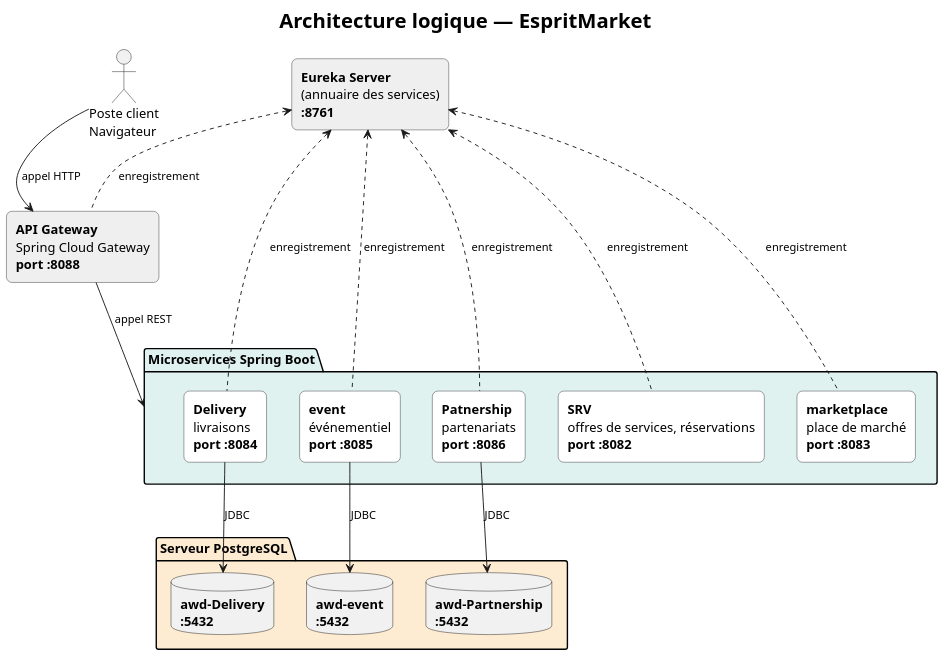
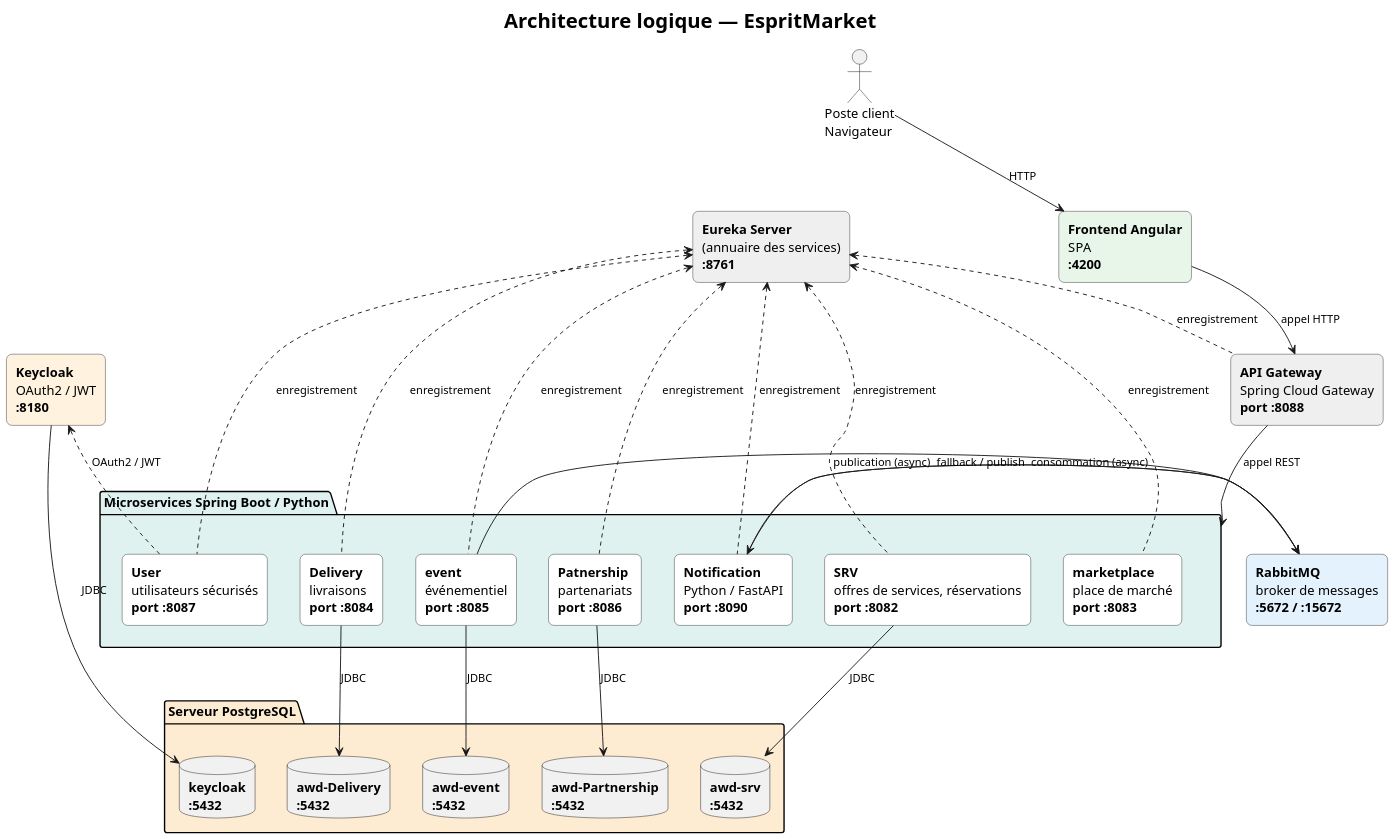
Before and after one commit to TheSphynxoid/AWD-EspritMarket: the diagram in documentation/diag/architecture-logique.puml, drawn with PlantUML. The commit also changed 6 other files, not shown here.

Commit message:
feat: add Event Dockerfile, gateway /mic1 route, and update architecture diagrams

```diff
--- a/documentation/diag/architecture-logique.puml
+++ b/documentation/diag/architecture-logique.puml
@@ -1,61 +1,86 @@
 @startuml architecture-logique
 
 title <size:22>**Architecture logique — EspritMarket**</size>
 
 skinparam dpi 150
 skinparam shadowing false
 skinparam defaultFontName "Segoe UI"
 skinparam rectangleRoundCorner 12
 skinparam packageRectangleRoundCorner 18
 skinparam ArrowFontSize 12
 
 skinparam rectangle {
   BackgroundColor #FFFFFF
   BorderColor #333333
 }
 
 actor "Poste client\nNavigateur" as Client
 
+rectangle "**Frontend Angular**\nSPA\n<b>:4200</b>" as FE #E8F5E9
+
 rectangle "**API Gateway**\nSpring Cloud Gateway\n<b>port :8088</b>" as GW #EFEFEF
 
 rectangle "**Eureka Server**\n(annuaire des services)\n<b>:8761</b>" as EU #EFEFEF
 
-package "Microservices Spring Boot" as MS #DFF2F0 {
+rectangle "**Keycloak**\nOAuth2 / JWT\n<b>:8180</b>" as KC #FFF3E0
+
+package "Microservices Spring Boot / Python" as MS #DFF2F0 {
   rectangle "**SRV**\noffres de services, réservations\n<b>port :8082</b>" as SRV
   rectangle "**marketplace**\nplace de marché\n<b>port :8083</b>" as MKT
   rectangle "**Delivery**\nlivraisons\n<b>port :8084</b>" as DEL
   rectangle "**event**\névénementiel\n<b>port :8085</b>" as EVT
   rectangle "**Patnership**\npartenariats\n<b>port :8086</b>" as PTN
+  rectangle "**User**\nutilisateurs sécurisés\n<b>port :8087</b>" as USR
+  rectangle "**Notification**\nPython / FastAPI\n<b>port :8090</b>" as NOT
   SRV -[hidden]right-> MKT
   MKT -[hidden]right-> DEL
   DEL -[hidden]right-> EVT
   EVT -[hidden]right-> PTN
+  PTN -[hidden]right-> USR
+  USR -[hidden]right-> NOT
 }
 
 package "Serveur PostgreSQL" as DBS #FDEBD2 {
   database "**awd-Delivery**\n<b>:5432</b>" as AWDDB
   database "**awd-event**\n<b>:5432</b>" as EVTDB
   database "**awd-Partnership**\n<b>:5432</b>" as PTNDB
+  database "**awd-srv**\n<b>:5432</b>" as SRVDB
+  database "**keycloak**\n<b>:5432</b>" as KCDB
   AWDDB -[hidden]right-> EVTDB
   EVTDB -[hidden]right-> PTNDB
+  PTNDB -[hidden]right-> SRVDB
+  SRVDB -[hidden]right-> KCDB
 }
+
+rectangle "**RabbitMQ**\nbroker de messages\n<b>:5672 / :15672</b>" as RMQ #E3F2FD
+
+Client -down-> FE : HTTP
+FE -down-> GW : appel HTTP
 
 Client -[hidden]right-> EU
 
-Client -down-> GW : appel HTTP
-
 GW -down-> MS : appel REST
-
 GW .up.> EU : enregistrement
 
 SRV .up.> EU : enregistrement
 MKT .up.> EU : enregistrement
 DEL .up.> EU : enregistrement
 EVT .up.> EU : enregistrement
 PTN .up.> EU : enregistrement
+USR .up.> EU : enregistrement
+NOT .up.> EU : enregistrement
+
+USR .up.> KC : OAuth2 / JWT
+KC -down-> KCDB : JDBC
 
 DEL -down-> AWDDB : JDBC
 EVT -down-> EVTDB : JDBC
 PTN -down-> PTNDB : JDBC
+SRV -down-> SRVDB : JDBC
+
+EVT -right-> RMQ : publication (async)
+RMQ -right-> NOT : consommation (async)
+
+NOT -down-> RMQ : fallback / publish
 
 @enduml
```
